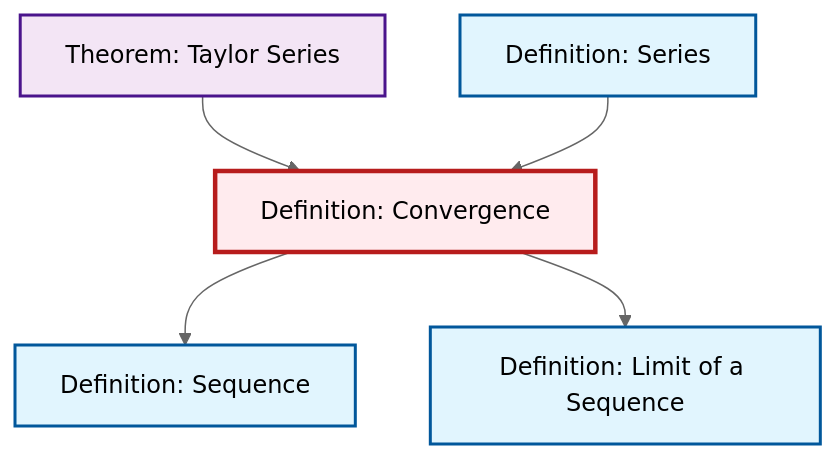
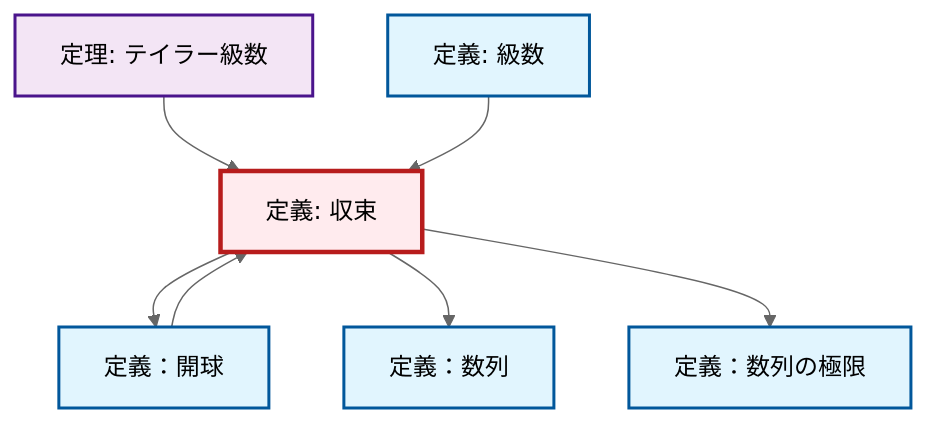
One commit to RK0429/ModernMath changed the diagram in content/ja/analysis/def-convergence.qmd. Above: the diagram before and after it, drawn with Mermaid (neutral theme). The commit also changed 1069 other files, not shown here.

````diff
--- a/content/ja/analysis/def-convergence.qmd
+++ b/content/ja/analysis/def-convergence.qmd
@@ -83,23 +83,27 @@
 ```{mermaid}
 %%| fig-cap: "Local dependency graph"
 graph TD
     classDef definition fill:#e1f5fe,stroke:#01579b,stroke-width:2px
     classDef theorem fill:#f3e5f5,stroke:#4a148c,stroke-width:2px
     classDef axiom fill:#fff3e0,stroke:#e65100,stroke-width:2px
     classDef example fill:#e8f5e9,stroke:#1b5e20,stroke-width:2px
     classDef current fill:#ffebee,stroke:#b71c1c,stroke-width:3px
-    def-convergence["Definition: Convergence"]:::definition
-    def-series["Definition: Series"]:::definition
-    thm-taylor-series["Theorem: Taylor Series"]:::theorem
-    def-limit["Definition: Limit of a Sequence"]:::definition
-    def-sequence["Definition: Sequence"]:::definition
+    def-limit["定義：数列の極限"]:::definition
+    def-series["定義: 級数"]:::definition
+    def-sequence["定義：数列"]:::definition
+    def-convergence["定義: 収束"]:::definition
+    def-open-ball["定義：開球"]:::definition
+    thm-taylor-series["定理: テイラー級数"]:::theorem
+    thm-taylor-series --> def-convergence
+    def-open-ball --> def-convergence
+    def-convergence --> def-open-ball
+    def-series --> def-convergence
     def-convergence --> def-sequence
-    thm-taylor-series --> def-convergence
     def-convergence --> def-limit
-    def-series --> def-convergence
     class def-convergence current
-    click def-series "def-series.html" "Definition: Seriesへ"
-    click thm-taylor-series "thm-taylor-series.html" "Theorem: Taylor Seriesへ"
-    click def-limit "def-limit.html" "Definition: Limit of a Sequenceへ"
-    click def-sequence "def-sequence.html" "Definition: Sequenceへ"
+    click def-limit "def-limit.html" "定義：数列の極限へ"
+    click def-series "def-series.html" "級数の定義へ"
+    click def-sequence "def-sequence.html" "定義：数列へ"
+    click def-open-ball "def-open-ball.html" "定義：開球へ"
+    click thm-taylor-series "thm-taylor-series.html" "テイラー級数の定理へ"
 ```
````
